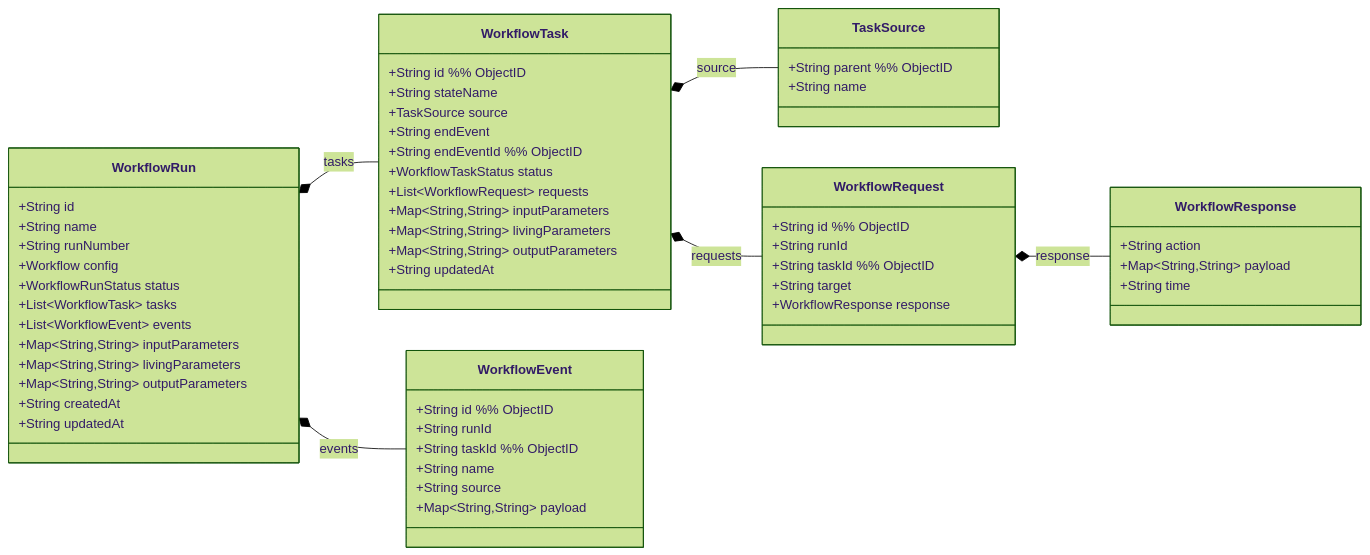
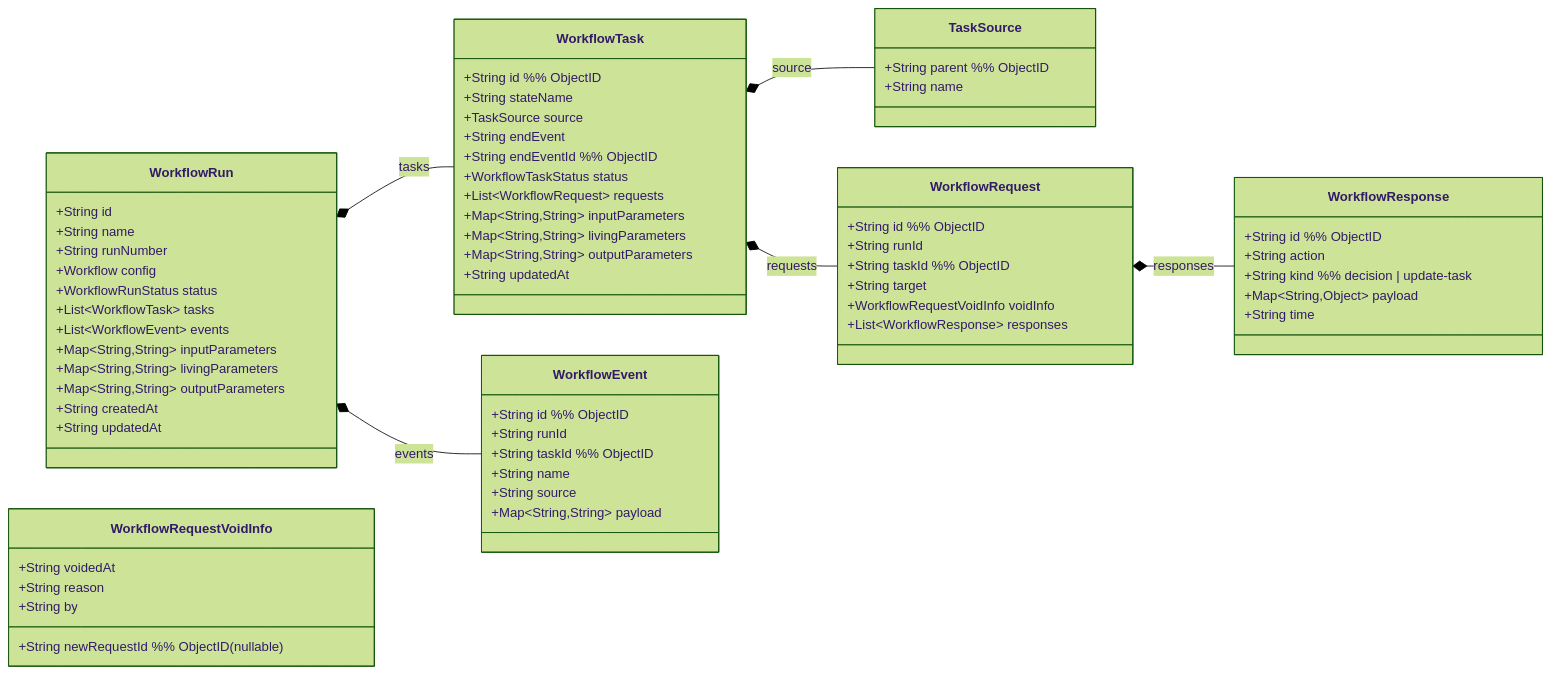
Before and after one commit to lchrennew/es-workflow: the first of 8 diagrams in docs/design/20-runtime-domain.md, drawn with Mermaid (forest theme). The commit also changed other lines of this file and 19 other files, not shown here.

````diff
--- a/docs/design/20-runtime-domain.md
+++ b/docs/design/20-runtime-domain.md
@@ -21,68 +21,78 @@
 ```mermaid
 
 classDiagram
 direction LR
 
 class WorkflowRun {
   +String id
   +String name
   +String runNumber
   +Workflow config
   +WorkflowRunStatus status
   +List~WorkflowTask~ tasks
   +List~WorkflowEvent~ events
   +Map~String,String~ inputParameters
   +Map~String,String~ livingParameters
   +Map~String,String~ outputParameters
   +String createdAt
   +String updatedAt
 }
 
 class WorkflowTask {
   +String id  %% ObjectID
   +String stateName
   +TaskSource source
   +String endEvent
   +String endEventId  %% ObjectID
   +WorkflowTaskStatus status
   +List~WorkflowRequest~ requests
   +Map~String,String~ inputParameters
   +Map~String,String~ livingParameters
   +Map~String,String~ outputParameters
   +String updatedAt
 }
 
 class TaskSource {
   +String parent  %% ObjectID
   +String name
 }
 
 class WorkflowRequest {
   +String id  %% ObjectID
   +String runId
   +String taskId  %% ObjectID
   +String target
-  +WorkflowResponse response
+  +WorkflowRequestVoidInfo voidInfo
+  +List~WorkflowResponse~ responses
+}
+
+class WorkflowRequestVoidInfo {
+  +String voidedAt
+  +String reason
+  +String by
+  +String newRequestId  %% ObjectID (nullable)
 }
 
 class WorkflowResponse {
+  +String id  %% ObjectID
   +String action
-  +Map~String,String~ payload
+  +String kind  %% decision | update-task
+  +Map~String,Object~ payload
   +String time
 }
 
 class WorkflowEvent {
   +String id  %% ObjectID
   +String runId
   +String taskId  %% ObjectID
   +String name
   +String source
   +Map~String,String~ payload
 }
 
 WorkflowRun *-- WorkflowTask : tasks
 WorkflowTask *-- WorkflowRequest : requests
-WorkflowRequest *-- WorkflowResponse : response
+WorkflowRequest *-- WorkflowResponse : responses
 WorkflowRun *-- WorkflowEvent : events
 WorkflowTask *-- TaskSource : source
 ```
````
